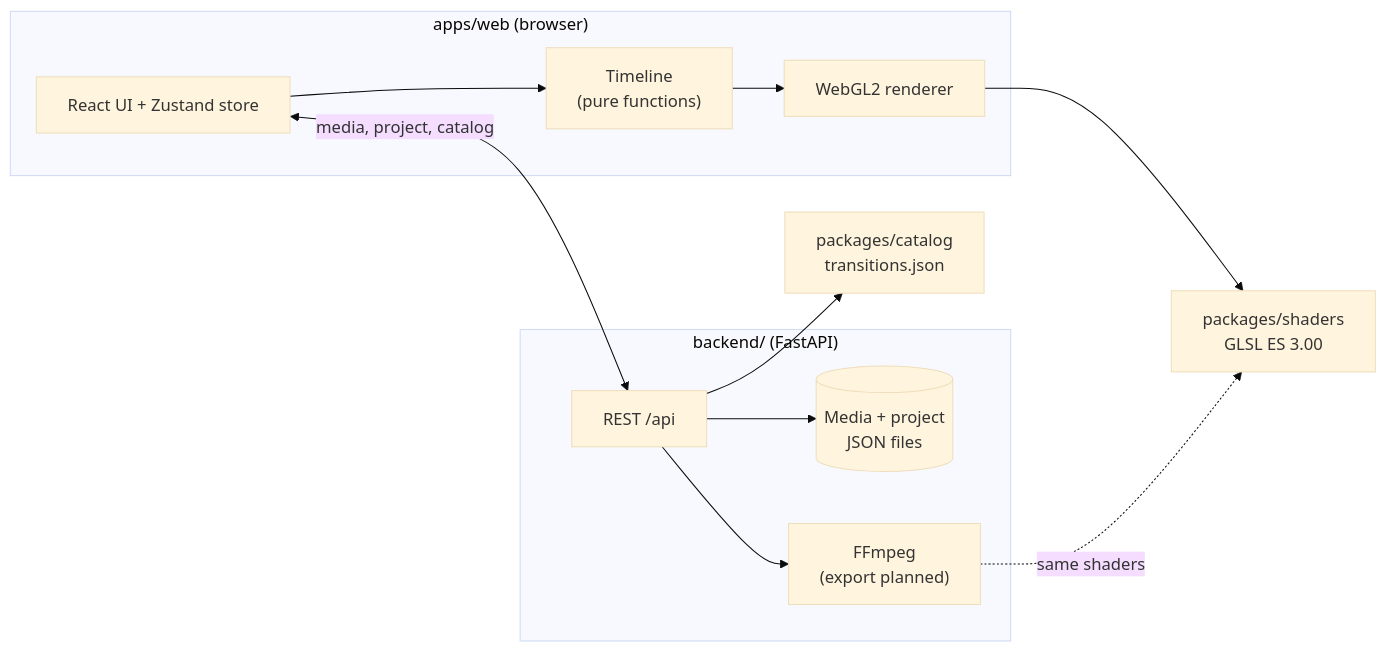
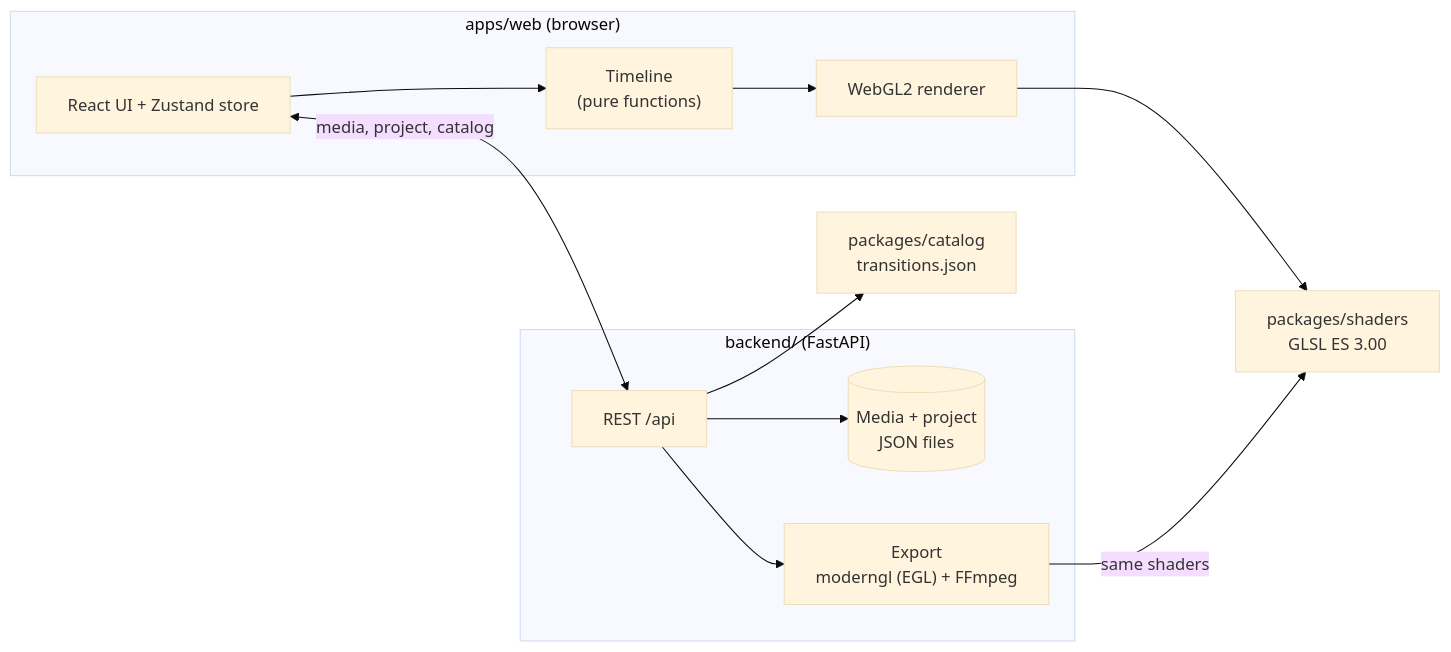
One commit to JoMe92/moviemakery2k changed the diagram in README.md. Above: the diagram before and after it, drawn with Mermaid (base theme). The commit also changed other lines of this file and 2 other files, not shown here.

First line of the commit message:
docs: document movie export, render pipeline and export jobs [MMY-nav]

````diff
--- a/README.md
+++ b/README.md
@@ -125,16 +204,16 @@
 ```mermaid
 flowchart LR
   subgraph Browser["apps/web (browser)"]
     UI["React UI + Zustand store"] --> TL["Timeline<br/>(pure functions)"] --> GL["WebGL2 renderer"]
   end
   subgraph Backend["backend/ (FastAPI)"]
     API["REST /api"] --> Store[("Media + project<br/>JSON files")]
-    API --> FF["FFmpeg<br/>(export planned)"]
+    API --> Exp["Export<br/>moderngl (EGL) + FFmpeg"]
   end
   Shaders["packages/shaders<br/>GLSL ES 3.00"]
   Catalog["packages/catalog<br/>transitions.json"]
   UI <-- "media, project, catalog" --> API
   GL --> Shaders
   API --> Catalog
-  FF -. "same shaders" .-> Shaders
+  Exp -- "same shaders" --> Shaders
 ```
````
